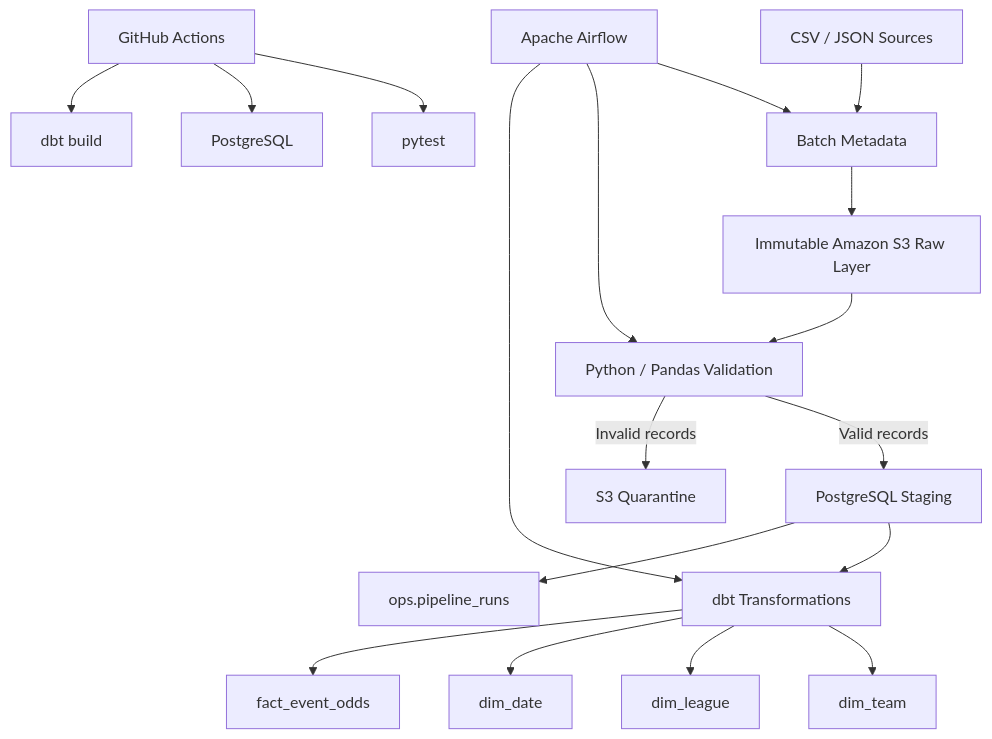
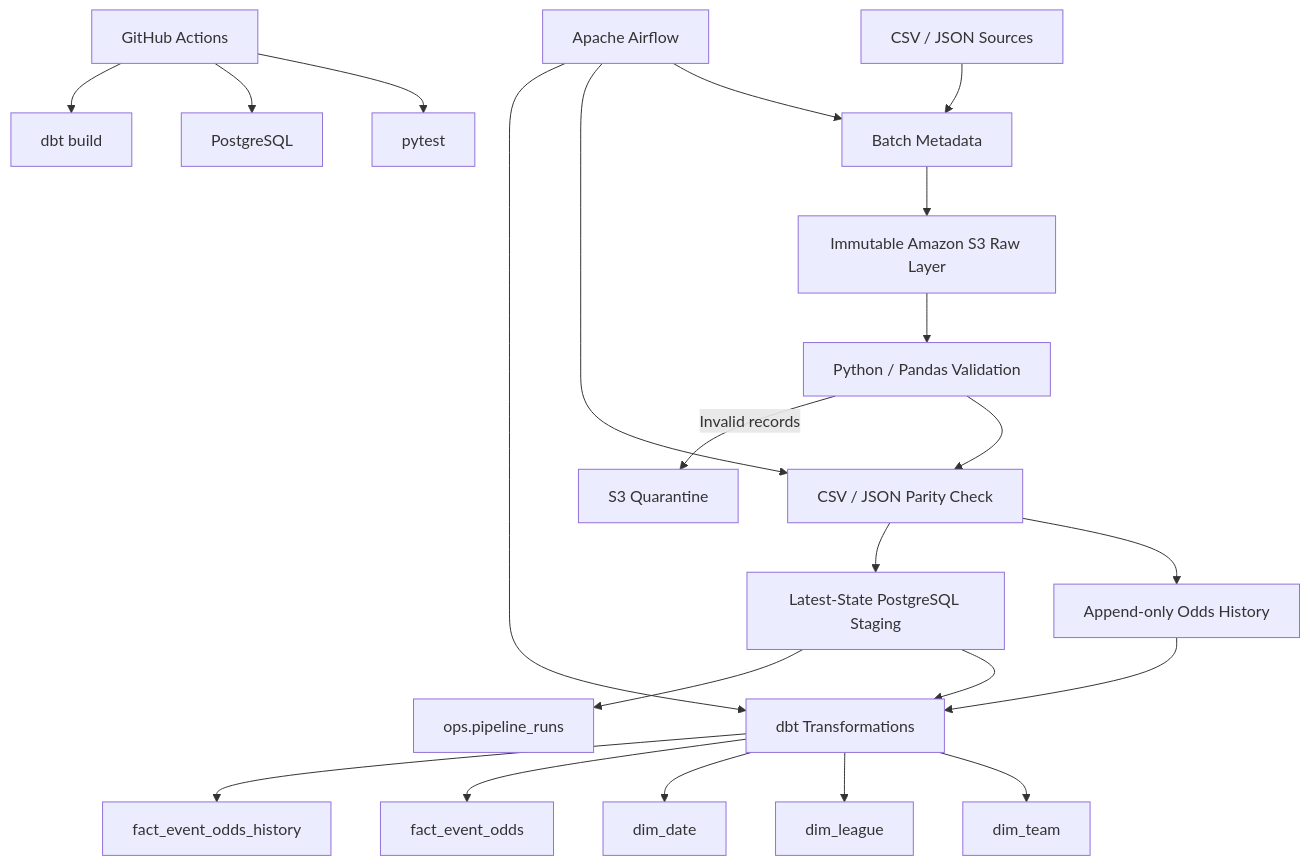
The first of 2 diagrams in README.md (Kutaba-Victor-30127/sports-data-engineering-pipeline), drawn with Mermaid before and after one commit. The commit also changed other lines of this file and 13 other files, not shown here.

Commit message:
Add append-only betting odds history

````diff
--- a/README.md
+++ b/README.md
@@ -11,27 +11,33 @@
 ```mermaid
 flowchart TD
     A[CSV / JSON Sources] --> B[Batch Metadata]
     B --> C[Immutable Amazon S3 Raw Layer]
 
     C --> D[Python / Pandas Validation]
+    D --> P[CSV / JSON Parity Check]
 
-    D -->|Valid records| E[PostgreSQL Staging]
     D -->|Invalid records| Q[S3 Quarantine]
 
-    E --> F[dbt Transformations]
+    P --> H[Append-only Odds History]
+    P --> E[Latest-State PostgreSQL Staging]
 
-    F --> G[dim_team]
-    F --> H[dim_league]
-    F --> I[dim_date]
-    F --> J[fact_event_odds]
+    H --> F[dbt Transformations]
+    E --> F
 
-    E --> K[ops.pipeline_runs]
+    F --> DT[dim_team]
+    F --> DL[dim_league]
+    F --> DD[dim_date]
 
-    L[Apache Airflow] --> B
-    L --> D
-    L --> F
+    F --> FC[fact_event_odds]
+    F --> FH[fact_event_odds_history]
 
-    M[GitHub Actions] --> N[pytest]
-    M --> O[PostgreSQL]
-    M --> P[dbt build]
+    E --> O[ops.pipeline_runs]
+
+    AF[Apache Airflow] --> B
+    AF --> P
+    AF --> F
+
+    CI[GitHub Actions] --> PY[pytest]
+    CI --> PG[PostgreSQL]
+    CI --> DBT[dbt build]
 ```
````
